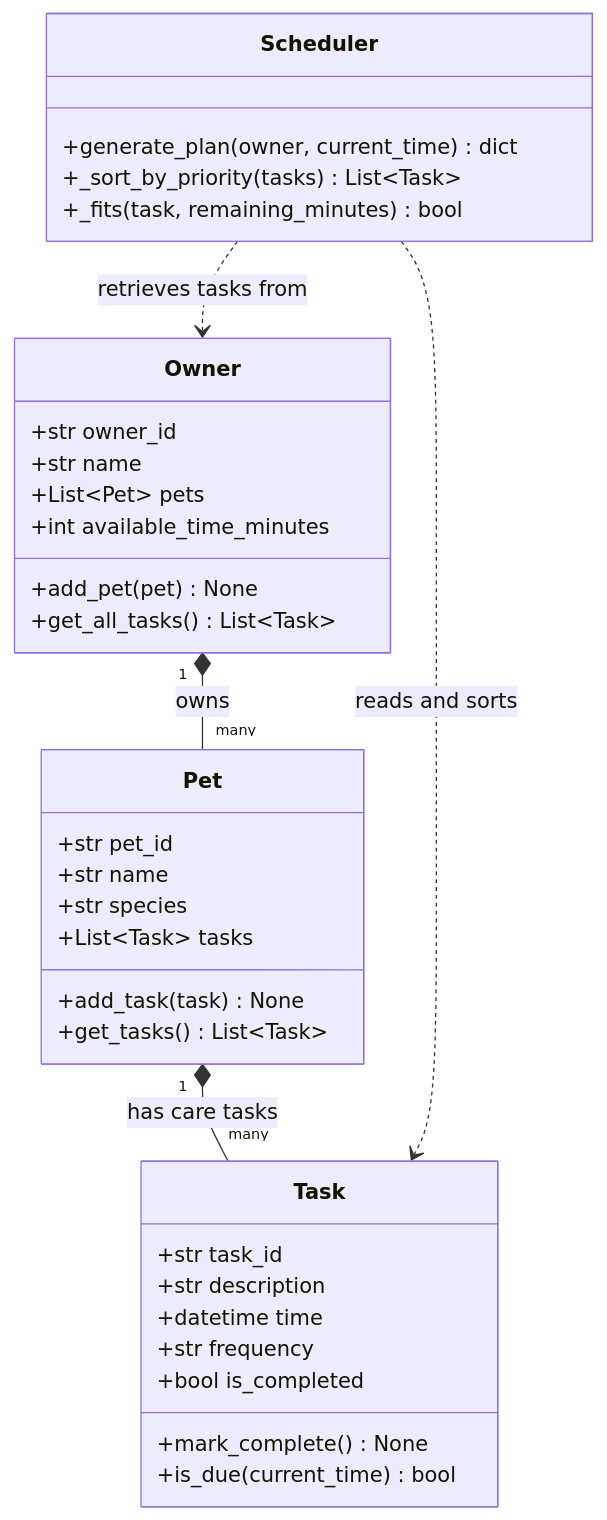
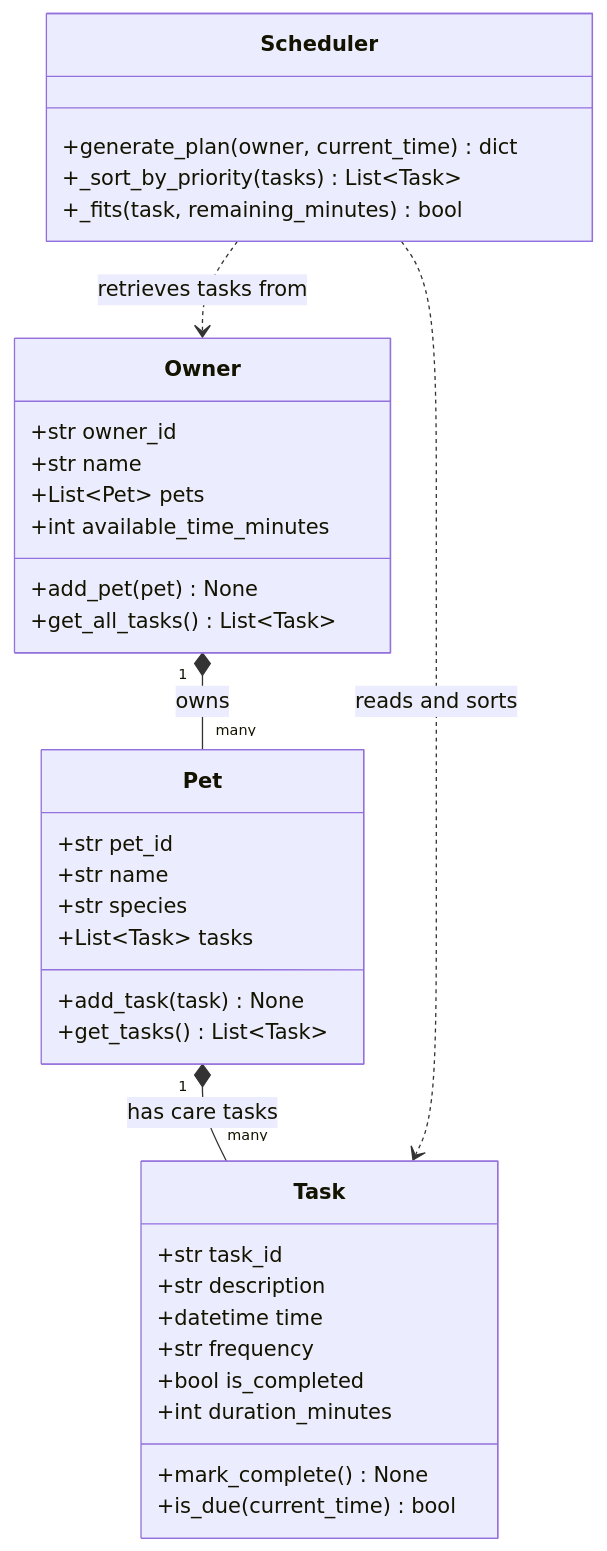
Before and after one commit to carliebosier/ai110-module2show-pawpal-starter: the diagram in diagrams/uml_draft.mmd, drawn with Mermaid. The commit also changed 5 other files, not shown here.

```diff
--- a/diagrams/uml_draft.mmd
+++ b/diagrams/uml_draft.mmd
@@ -1,39 +1,40 @@
 classDiagram
     class Owner {
         +str owner_id
         +str name
         +List~Pet~ pets
         +int available_time_minutes
         +add_pet(pet) None
         +get_all_tasks() List~Task~
     }
  
     class Pet {
         +str pet_id
         +str name
         +str species
         +List~Task~ tasks
         +add_task(task) None
         +get_tasks() List~Task~
     }
  
     class Task {
         +str task_id
         +str description
         +datetime time
         +str frequency
         +bool is_completed
+        +int duration_minutes
         +mark_complete() None
         +is_due(current_time) bool
     }
  
     class Scheduler {
         +generate_plan(owner, current_time) dict
         +_sort_by_priority(tasks) List~Task~
         +_fits(task, remaining_minutes) bool
     }
  
     Owner "1" *-- "many" Pet : owns
     Pet "1" *-- "many" Task : has care tasks
     Scheduler ..> Owner : retrieves tasks from
     Scheduler ..> Task : reads and sorts
```
